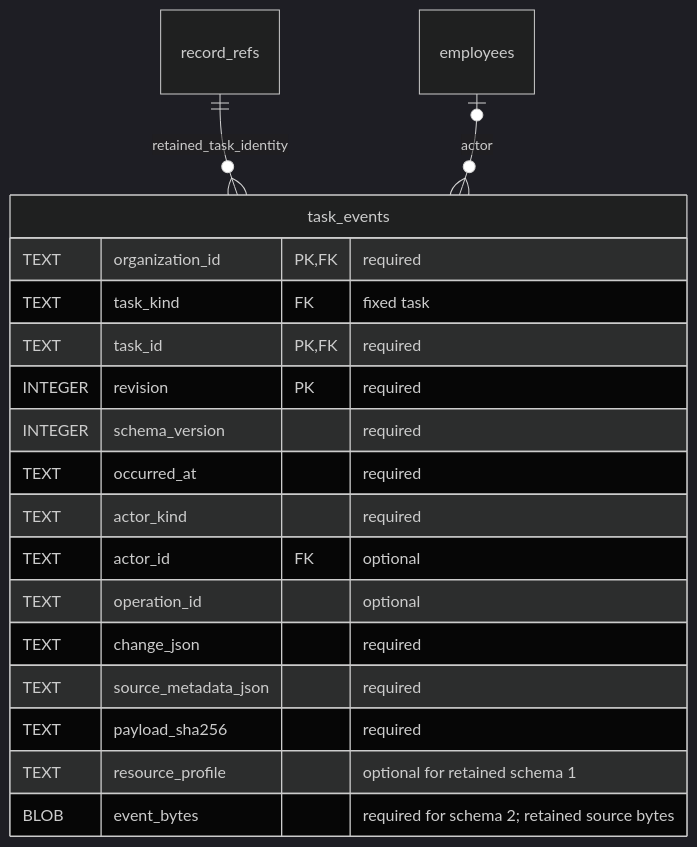
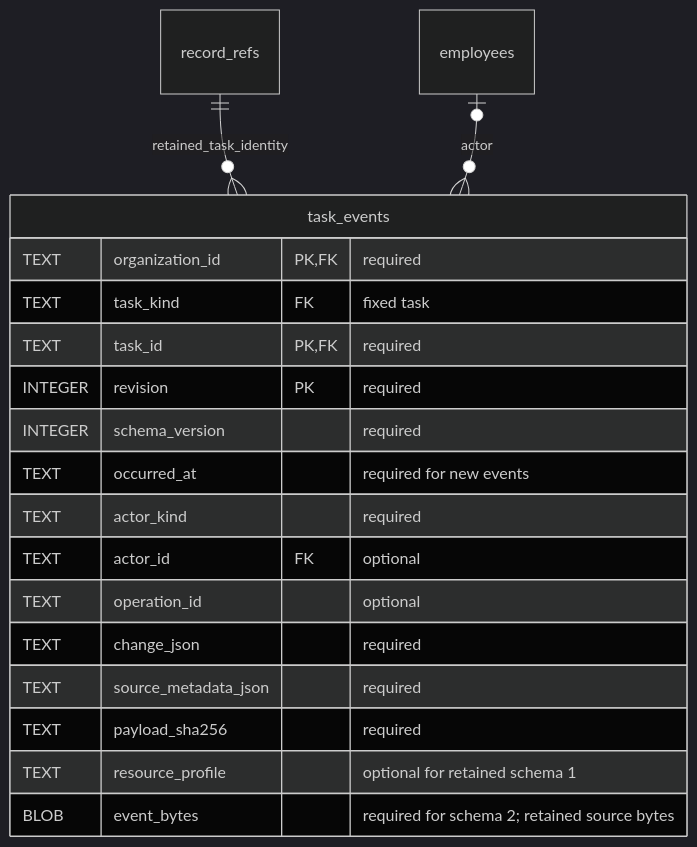
The second of 3 diagrams in docs/design/organization-data/05-operational-data.md (vgmello/agentic-org), drawn with Mermaid (dark theme) before and after one commit. The commit also changed other lines of this file and 49 other files, not shown here.

````diff
--- a/docs/design/organization-data/05-operational-data.md
+++ b/docs/design/organization-data/05-operational-data.md
@@ -399,21 +401,21 @@
 ```mermaid
 erDiagram
     record_refs ||--o{ task_events : retained_task_identity
     employees o|--o{ task_events : actor
     task_events {
         TEXT organization_id PK, FK "required"
         TEXT task_kind FK "fixed task"
         TEXT task_id PK, FK "required"
         INTEGER revision PK "required"
         INTEGER schema_version "required"
-        TEXT occurred_at "required"
+        TEXT occurred_at "required for new events"
         TEXT actor_kind "required"
         TEXT actor_id FK "optional"
         TEXT operation_id "optional"
         TEXT change_json "required"
         TEXT source_metadata_json "required"
         TEXT payload_sha256 "required"
         TEXT resource_profile "optional for retained schema 1"
         BLOB event_bytes "required for schema 2; retained source bytes"
     }
 ```
````
